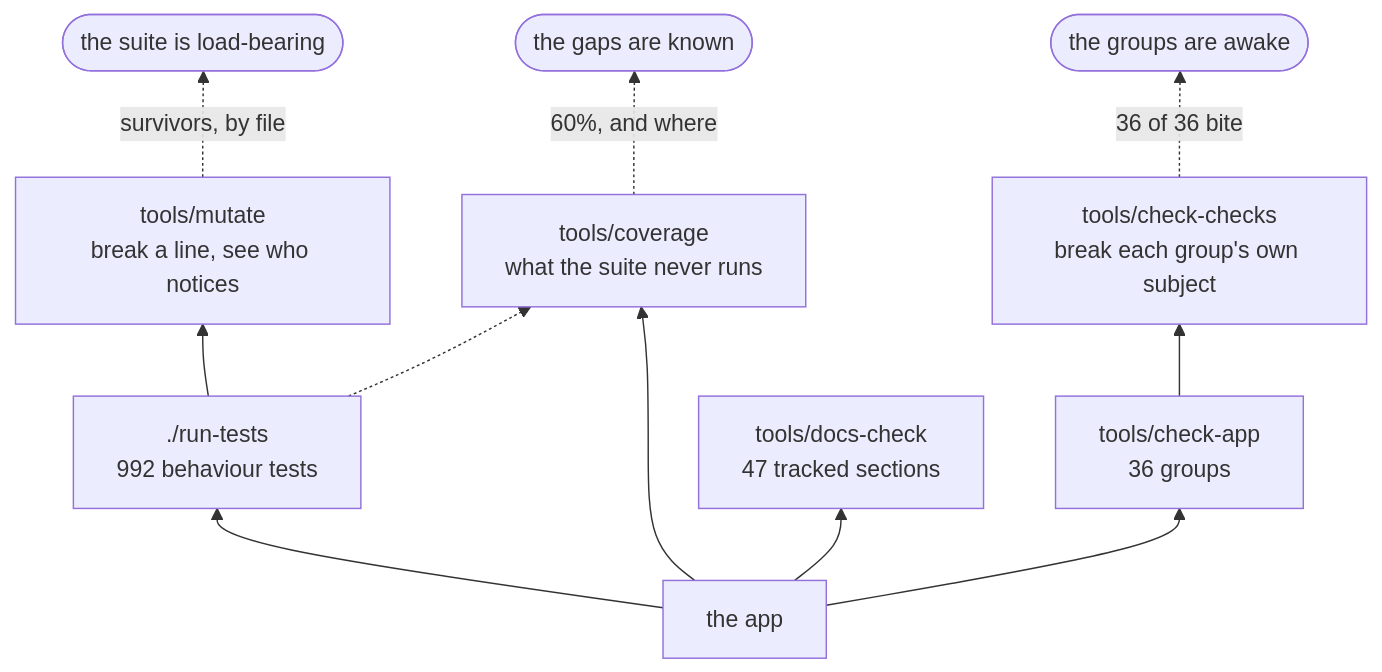
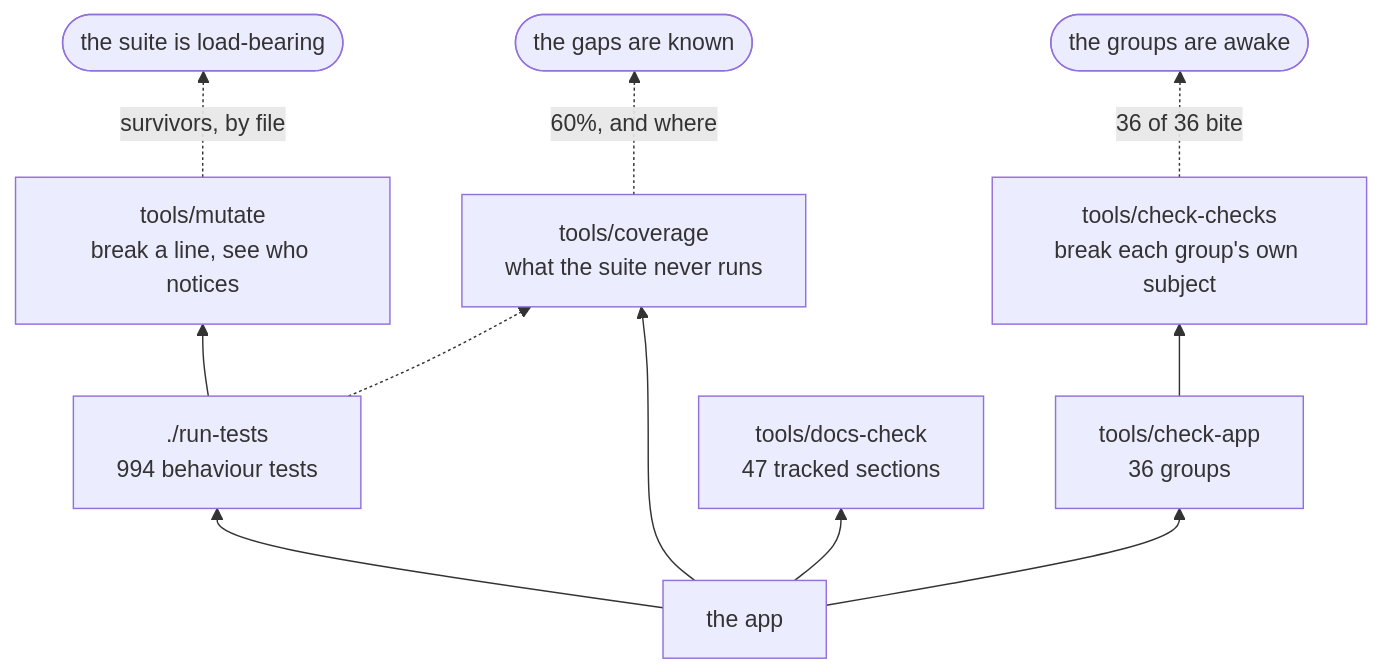
The second of 3 diagrams in docs/DEVELOPING.md (minormending/crystal-pilot-mobile), drawn with Mermaid before and after one commit. The commit also changed other lines of this file and 3 other files, not shown here.

````diff
--- a/docs/DEVELOPING.md
+++ b/docs/DEVELOPING.md
@@ -156,13 +156,13 @@
 ```mermaid
 flowchart BT
-    C["the app"] --> T["./run-tests<br/>992 behaviour tests"]
+    C["the app"] --> T["./run-tests<br/>994 behaviour tests"]
     C --> A["tools/check-app<br/>36 groups"]
     C --> D["tools/docs-check<br/>47 tracked sections"]
     C --> V["tools/coverage<br/>what the suite never runs"]
     T --> M["tools/mutate<br/>break a line, see who notices"]
     A --> K["tools/check-checks<br/>break each group's own subject"]
     T -.-> V
     M -.->|"survivors, by file"| R(["the suite is load-bearing"])
     K -.->|"36 of 36 bite"| R2(["the groups are awake"])
     V -.->|"60%, and where"| R3(["the gaps are known"])
 ```
````
